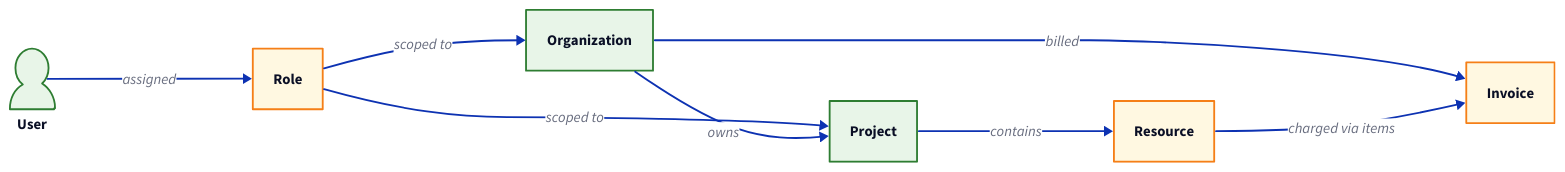
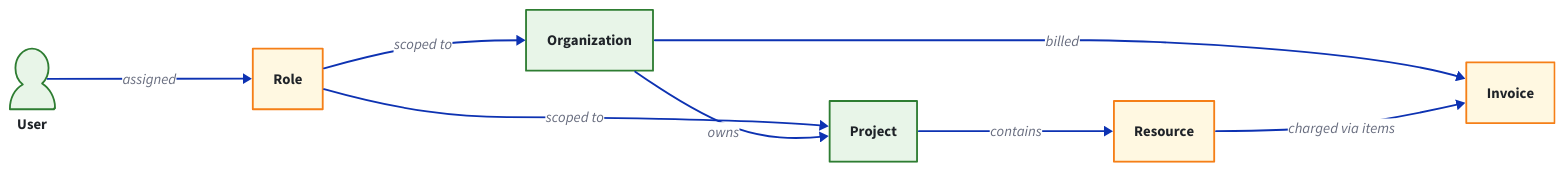
The diagram in docs/about/concepts/platform.md (waldur/waldur-docs), drawn with D2 before and after one commit. The commit also changed 51 other files, not shown here.

Commit message:
Group docs navigation into reader-task tabs, fix dead links and unreadable diagrams [#30] [#31]

````diff
--- a/docs/about/concepts/platform.md
+++ b/docs/about/concepts/platform.md
@@ -9,22 +9,22 @@
 ```d2
 direction: right
 classes: {
-  primitive: { style: { fill: "#e8f5e8"; stroke: "#2e7d32" } }
-  derived: { style: { fill: "#fff8e1"; stroke: "#f57f17" } }
+  primitive: { style: { fill: "#e8f5e8"; font-color: "#1f2328"; stroke: "#2e7d32" } }
+  derived: { style: { fill: "#fff8e1"; font-color: "#1f2328"; stroke: "#f57f17" } }
 }
 
 user: User { class: primitive; shape: person }
 org: Organization { class: primitive }
 project: Project { class: primitive }
 role: Role { class: derived }
 resource: Resource { class: derived }
 invoice: Invoice { class: derived }
 
 user -> role: assigned
 role -> org: scoped to
 role -> project: scoped to
 org -> project: owns
 project -> resource: contains
 org -> invoice: billed
 resource -> invoice: charged via items
 ```
````
